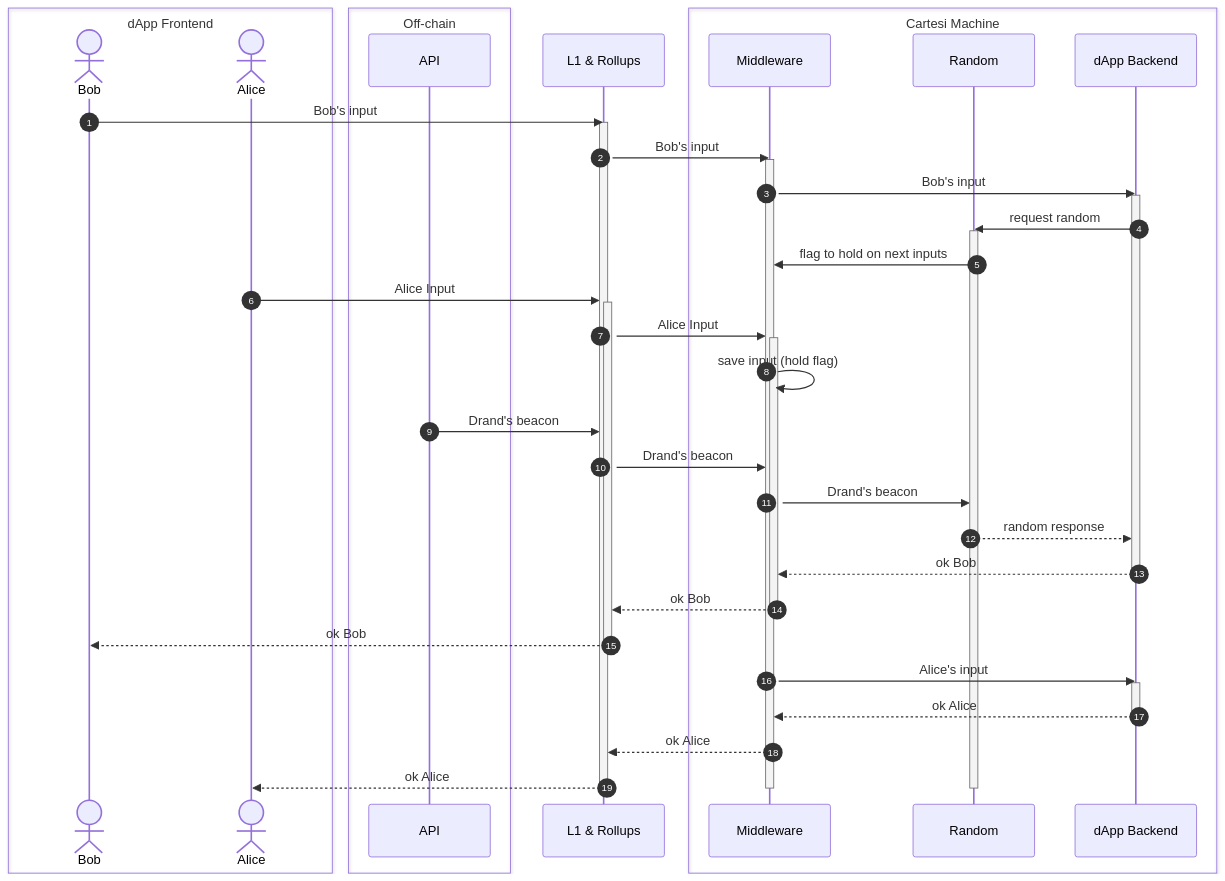
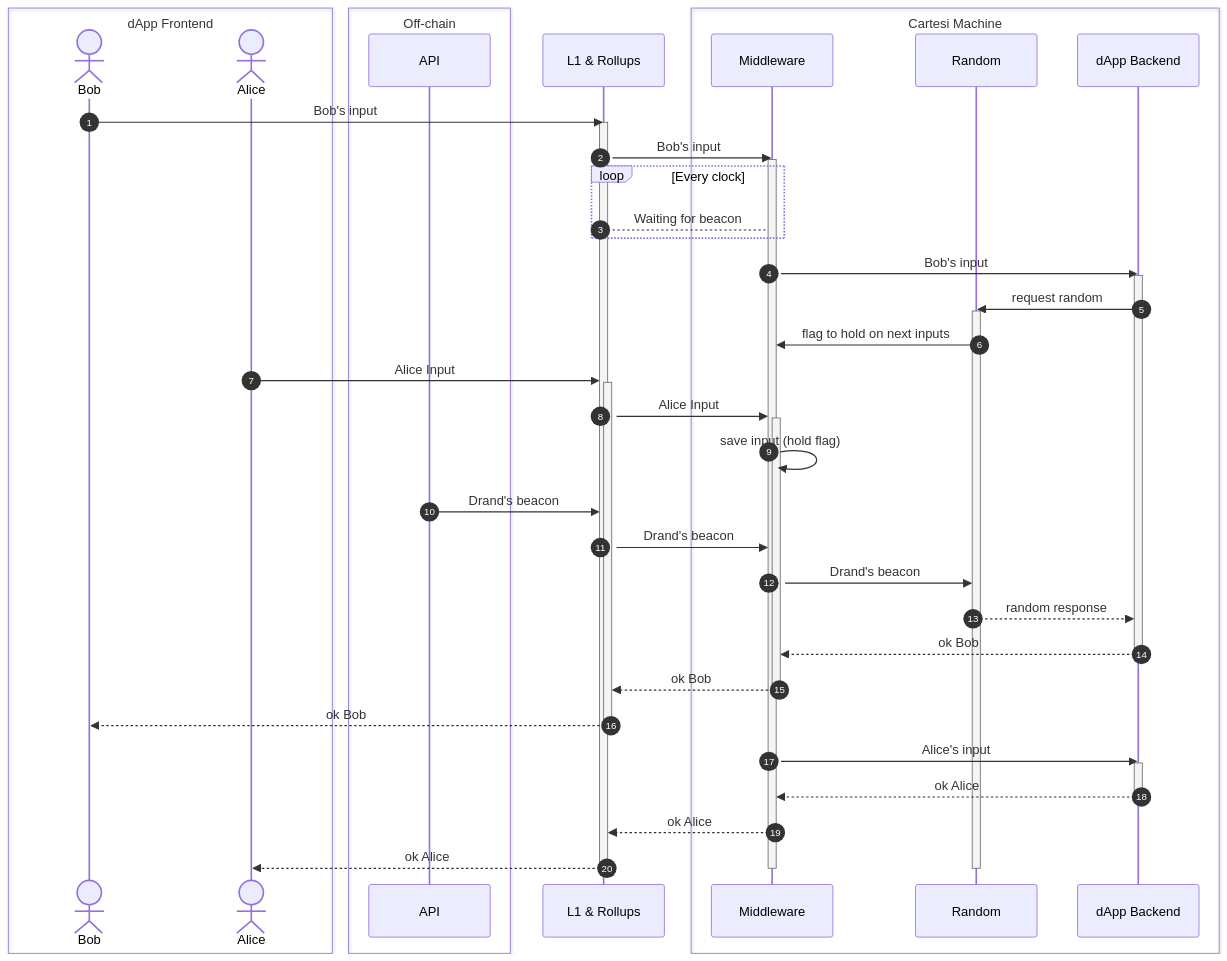
One commit to Calindra/cartesi-drand changed the diagram in README.md. Above: the diagram before and after it, drawn with Mermaid.

Commit message:
docs: add polling

````diff
--- a/README.md
+++ b/README.md
@@ -16,53 +16,56 @@
 ```mermaid
 sequenceDiagram
     autonumber
     box dApp Frontend
     actor Bob
     actor Alice
     end
 
     box Off-chain
     participant API
     end
     participant L1 & Rollups
 
     box Cartesi Machine
     participant Middleware
     participant Random
     participant dApp as dApp Backend
     end
 
     Bob->>L1 & Rollups: Bob's input
     activate L1 & Rollups
     L1 & Rollups->>Middleware: Bob's input
     activate Middleware
+    loop Every clock
+        L1 & Rollups --> Middleware: Waiting for beacon
+    end
     Middleware->>dApp: Bob's input
     activate dApp
     dApp->>Random: request random
     activate Random
     Random->>Middleware: flag to hold on next inputs
     Alice->>L1 & Rollups: Alice Input
     activate L1 & Rollups
     L1 & Rollups->>Middleware: Alice Input
     activate Middleware
     Middleware ->> Middleware: save input (hold flag)
     API->>L1 & Rollups: Drand's beacon
     L1 & Rollups->>Middleware: Drand's beacon
     Middleware->>Random: Drand's beacon
     Random-->>dApp: random response
     dApp-->>Middleware: ok Bob
     deactivate dApp
     Middleware-->>L1 & Rollups: ok Bob
     deactivate Middleware
     L1 & Rollups-->>Bob: ok Bob
     deactivate L1 & Rollups
     Middleware->>dApp: Alice's input
     activate dApp
     dApp-->>Middleware: ok Alice
     deactivate dApp
     Middleware-->>L1 & Rollups: ok Alice
     L1 & Rollups-->>Alice: ok Alice
     deactivate Random
     deactivate Middleware
     deactivate L1 & Rollups
 ```
````
